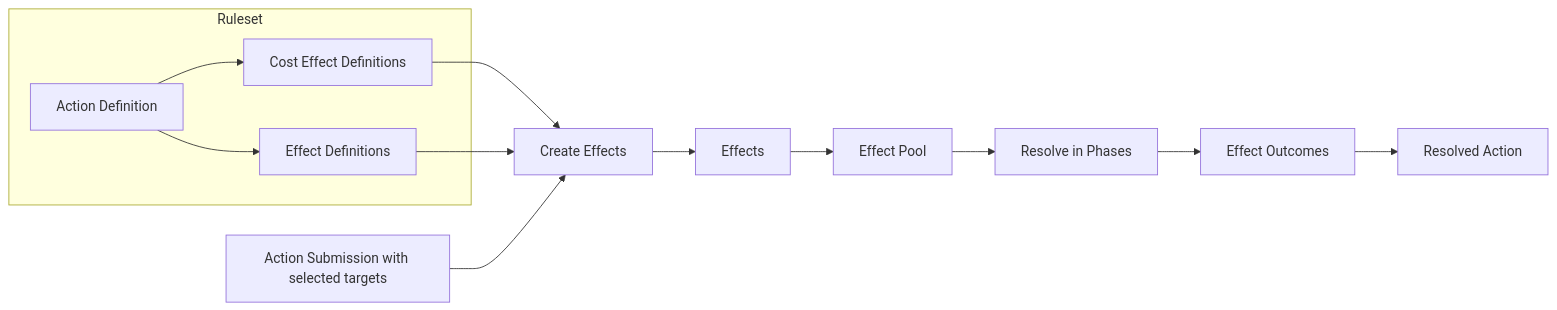
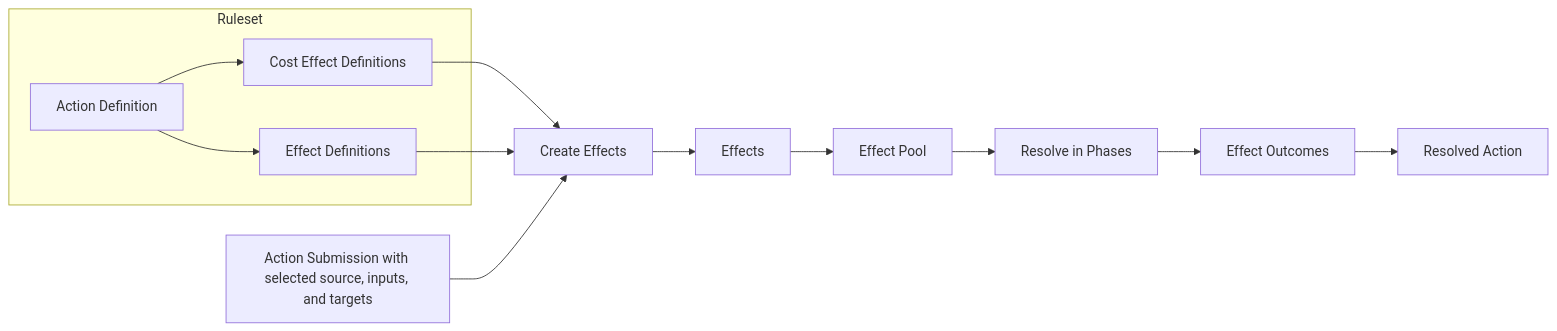
One commit to Guillaume-Docquier/text-based-browser-game-1 changed the diagram in docs/architecture/turn-resolution.md. Above: the diagram before and after it, drawn with Mermaid. The commit also changed other lines of this file and 133 other files, not shown here.

````diff
--- a/docs/architecture/turn-resolution.md
+++ b/docs/architecture/turn-resolution.md
@@ -27,11 +27,11 @@
 ```mermaid
 flowchart LR
   subgraph Ruleset
     AD[Action Definition] --> C[Cost Effect Definitions]
     AD --> D[Effect Definitions]
   end
   C --> Create[Create Effects]
   D --> Create
-  S[Action Submission with selected targets] --> Create
+  S[Action Submission with selected source, inputs, and targets] --> Create
   Create --> E[Effects] --> P[Effect Pool] --> R[Resolve in Phases] --> O[Effect Outcomes] --> A[Resolved Action]
 ```
````
